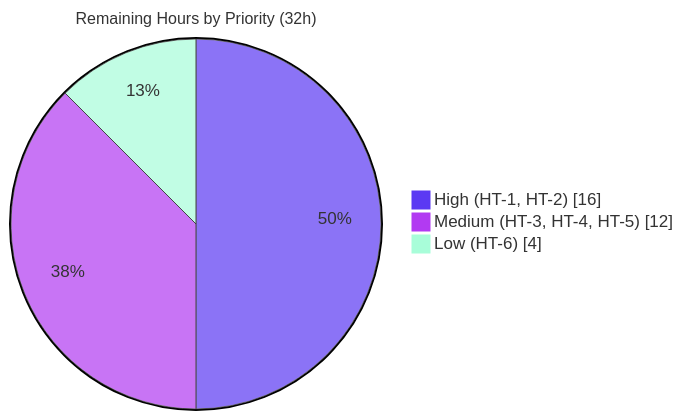
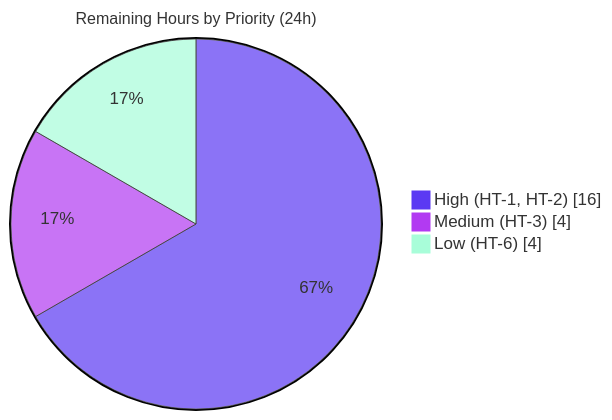
Before and after one commit to blitzy-public-samples/ardupilot-blitzy: the fourth of 4 diagrams in blitzy/documentation/Project Guide.md, drawn with Mermaid. The commit also changed other lines of this file and 8 other files, not shown here.

````diff
--- a/blitzy/documentation/Project Guide.md
+++ b/blitzy/documentation/Project Guide.md
@@ -230,7 +328,7 @@
 ```mermaid
 %%{init: {'theme':'base', 'themeVariables': {'pie1':'#5B39F3','pie2':'#B23AF2','pie3':'#A8FDD9','pieStrokeColor':'#333333','pieStrokeWidth':'1px','pieTitleTextSize':'16px'}}}%%
-pie showData title Remaining Hours by Priority (32h)
+pie showData title Remaining Hours by Priority (24h)
     "High (HT-1, HT-2)" : 16
-    "Medium (HT-3, HT-4, HT-5)" : 12
+    "Medium (HT-3)" : 4
     "Low (HT-6)" : 4
 ```
````
